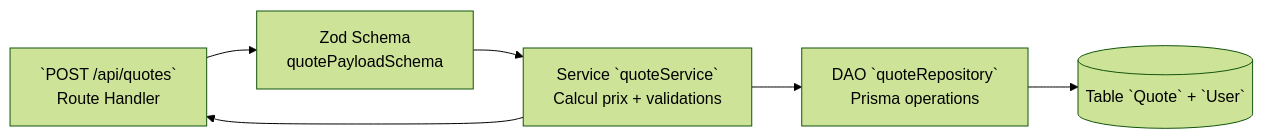
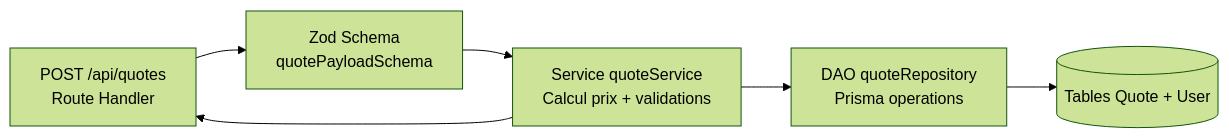
The third of 3 diagrams in docs/architecture/ARCHITECTURE.md (Will-404-debug/Katana-Forge), drawn with Mermaid (forest theme) before and after one commit. The commit also changed other lines of this file and 1 other file, not shown here.

Commit message:
docs(architecture): document layered architecture security and eco guidelines - update

````diff
--- a/docs/architecture/ARCHITECTURE.md
+++ b/docs/architecture/ARCHITECTURE.md
@@ -49,14 +49,14 @@
 ```mermaid
 flowchart LR
-    handler[`POST /api/quotes`\nRoute Handler]
-    validator[Zod Schema\nquotePayloadSchema]
-    pricing[Service `quoteService`\nCalcul prix + validations]
-    repo[DAO `quoteRepository`\nPrisma operations]
-    db[(Table `Quote` + `User`)]
+    handler["POST /api/quotes<br/>Route Handler"]
+    validator["Zod Schema<br/>quotePayloadSchema"]
+    pricing["Service quoteService<br/>Calcul prix + validations"]
+    repo["DAO quoteRepository<br/>Prisma operations"]
+    db[(Tables Quote + User)]
 
     handler --> validator
     validator --> pricing
     pricing --> repo
     repo --> db
     pricing --> handler
 ```
````
